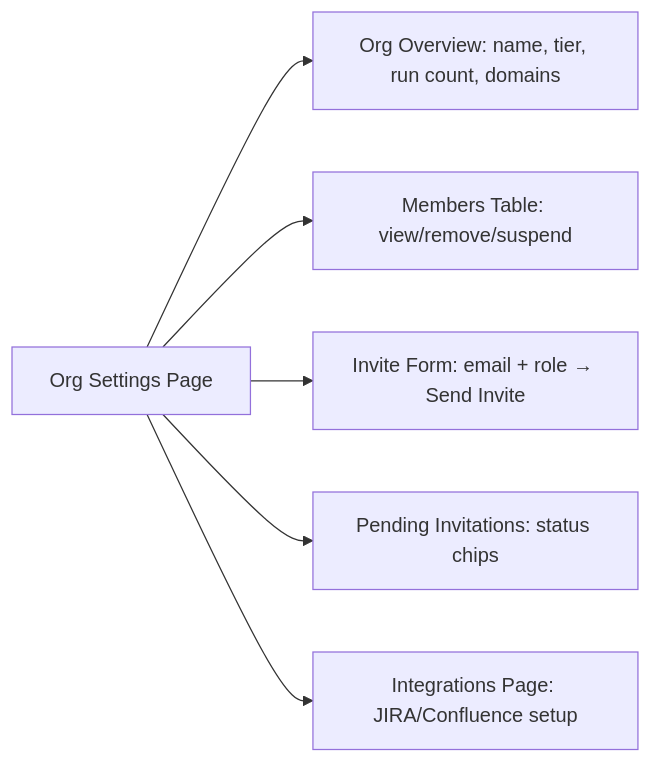
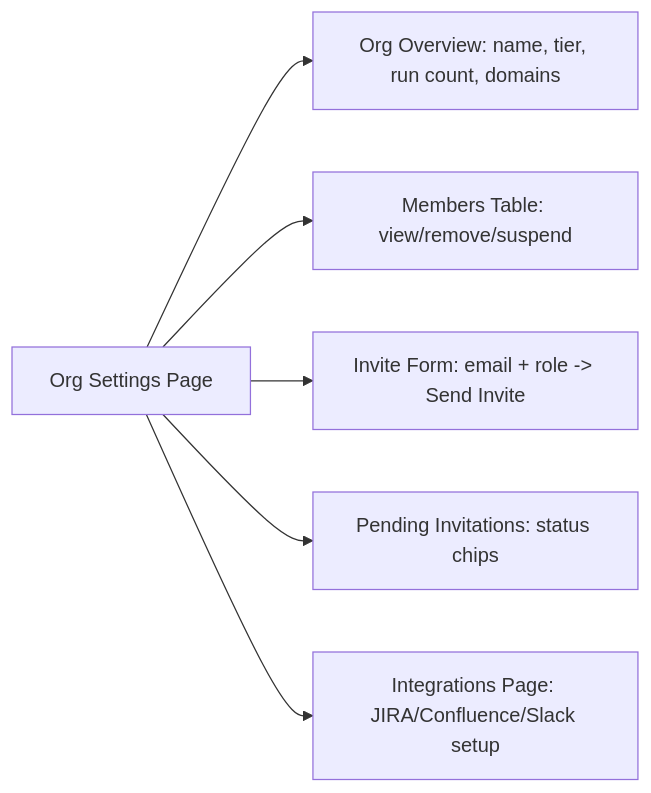
One commit to navneetprabhakar/executespec changed the tenth of 36 diagrams in docs/WORKFLOWS.md. Above: the diagram before and after it, drawn with Mermaid. The commit also changed other lines of this file and 47 other files, not shown here.

````diff
--- a/docs/WORKFLOWS.md
+++ b/docs/WORKFLOWS.md
@@ -210,8 +347,8 @@
 ```mermaid
 flowchart LR
     A[Org Settings Page] --> B[Org Overview: name, tier, run count, domains]
     A --> C[Members Table: view/remove/suspend]
-    A --> D[Invite Form: email + role → Send Invite]
+    A --> D[Invite Form: email + role -> Send Invite]
     A --> E[Pending Invitations: status chips]
-    A --> F[Integrations Page: JIRA/Confluence setup]
+    A --> F[Integrations Page: JIRA/Confluence/Slack setup]
 ```
````
